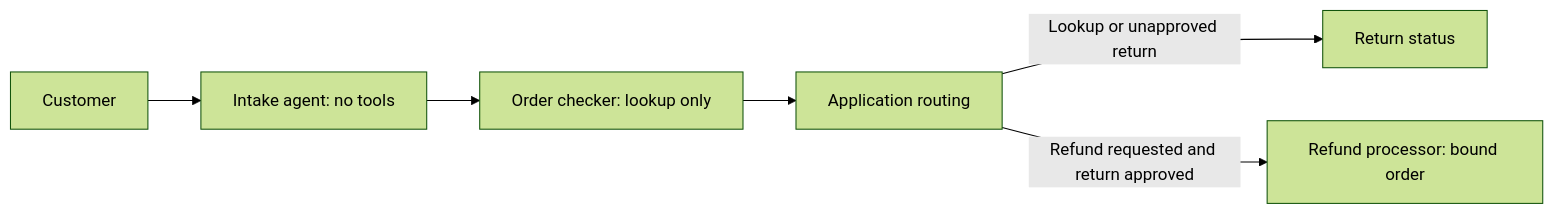
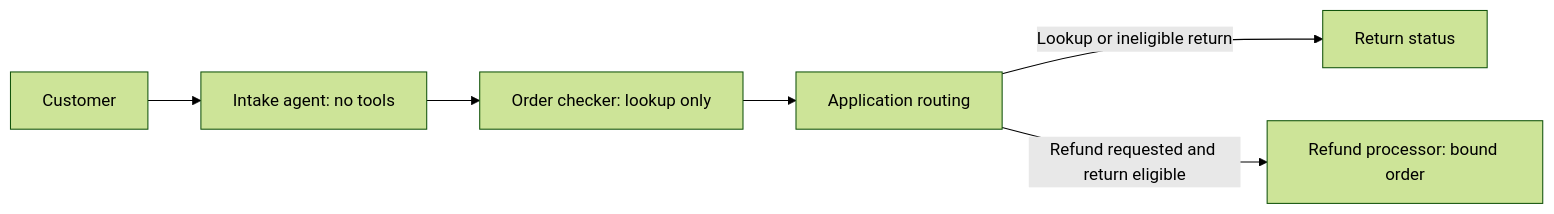
Before and after one commit to svpino/returns-agent: the second of 2 diagrams in README.md, drawn with Mermaid (forest theme). The commit also changed other lines of this file and 4 other files, not shown here.

````diff
--- a/README.md
+++ b/README.md
@@ -72,8 +72,8 @@
 ```mermaid
 flowchart LR
     Customer --> Intake[Intake agent: no tools]
     Intake --> Checker[Order checker: lookup only]
     Checker --> Gate[Application routing]
-    Gate -->|Lookup or unapproved return|Status[Return status]
-    Gate -->|Refund requested and return approved|Processor[Refund processor: bound order]
+    Gate -->|Lookup or ineligible return|Status[Return status]
+    Gate -->|Refund requested and return eligible|Processor[Refund processor: bound order]
 ```
````
